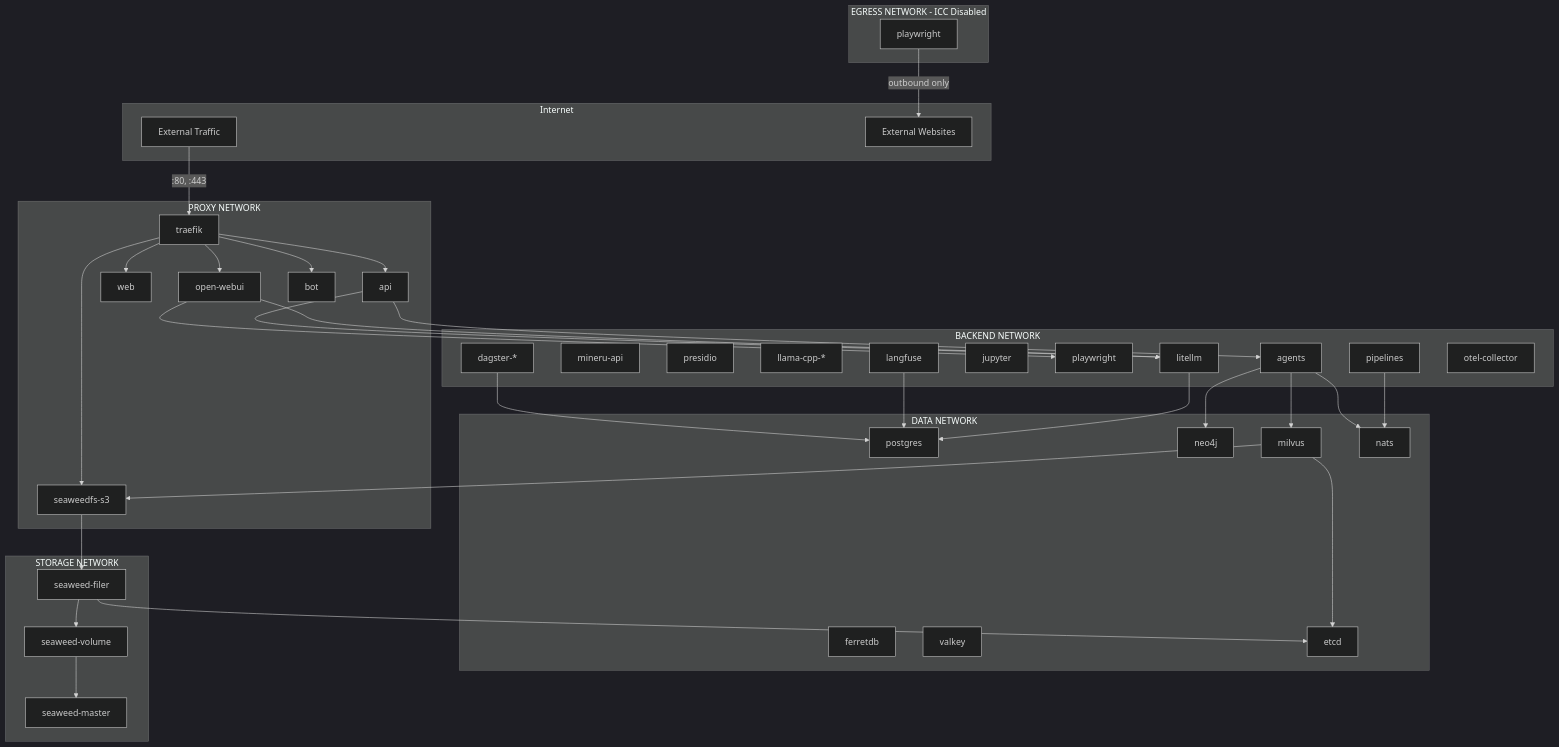
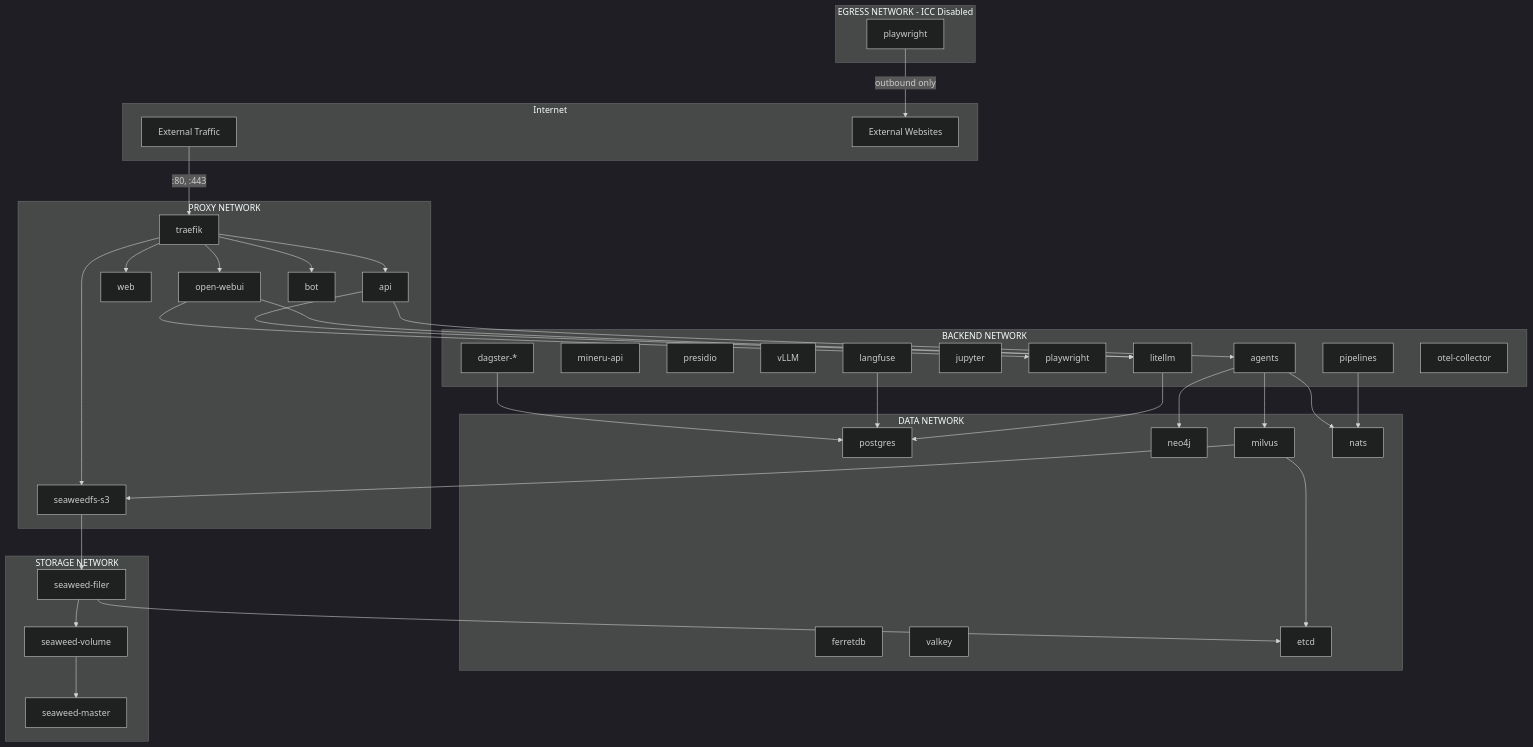
Before and after one commit to bbvch-ai/aihub-core: the diagram in aihub_doc/docs/2_platform/2_architecture/4_network_isolation/index.en.md, drawn with Mermaid (dark theme). The commit also changed other lines of this file and 31 other files, not shown here.

````diff
--- a/aihub_doc/docs/2_platform/2_architecture/4_network_isolation/index.en.md
+++ b/aihub_doc/docs/2_platform/2_architecture/4_network_isolation/index.en.md
@@ -96,78 +96,78 @@
 ```mermaid
 flowchart TB
     subgraph Internet
         ext[External Traffic]
         websites[External Websites]
     end
 
     subgraph proxy[PROXY NETWORK]
         traefik[traefik]
         api[api]
         web[web]
         openwebui[open-webui]
         bot[bot]
         s3proxy[seaweedfs-s3]
     end
 
     subgraph backend[BACKEND NETWORK]
         litellm[litellm]
         mineru-api[mineru-api]
         presidio[presidio]
-        llama[llama-cpp-*]
+        vllm[vLLM]
         agents[agents]
         jupyter[jupyter]
         playwright[playwright]
         dagster[dagster-*]
         pipelines[pipelines]
         langfuse[langfuse]
         otel[otel-collector]
     end
 
     subgraph egress[EGRESS NETWORK - ICC Disabled]
         playwright_egress[playwright]
     end
 
     subgraph data[DATA NETWORK]
         postgres[postgres]
         ferretdb[ferretdb]
         neo4j[neo4j]
         milvus[milvus]
         valkey[valkey]
         nats[nats]
         etcd[etcd]
     end
 
     subgraph storage[STORAGE NETWORK]
         swmaster[seaweed-master]
         swvolume[seaweed-volume]
         swfiler[seaweed-filer]
     end
 
     ext -->|:80, :443| traefik
     traefik --> api
     traefik --> web
     traefik --> openwebui
     traefik --> bot
     traefik --> s3proxy
 
     api --> litellm
     api --> agents
     openwebui --> litellm
     openwebui --> playwright
     agents --> nats
     agents --> milvus
     agents --> neo4j
     pipelines --> nats
     dagster --> postgres
     langfuse --> postgres
     litellm --> postgres
 
     milvus --> etcd
     milvus --> s3proxy
     swfiler --> etcd
     s3proxy --> swfiler
     swfiler --> swvolume
     swvolume --> swmaster
 
     playwright_egress -->|outbound only| websites
 ```
````
